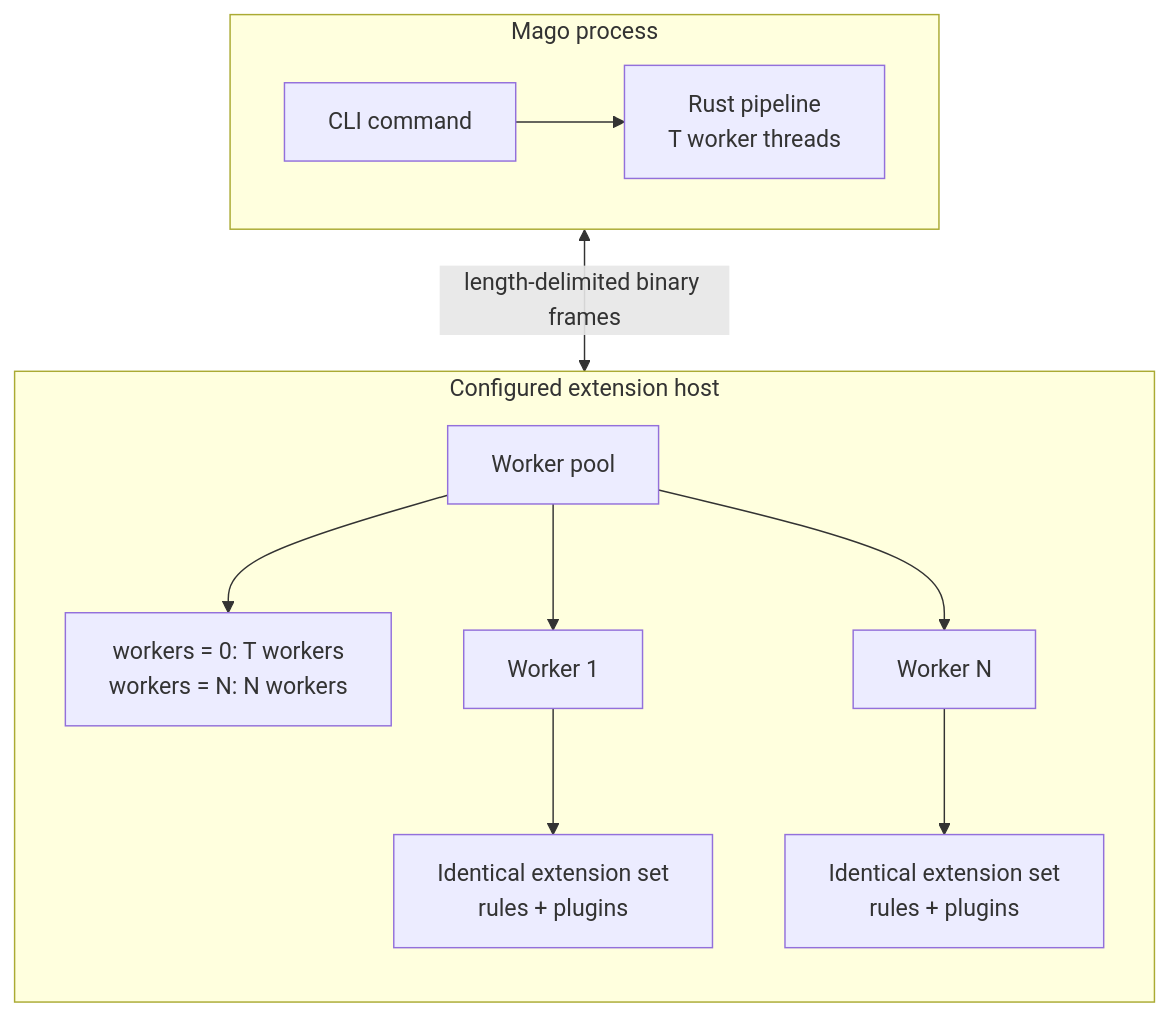
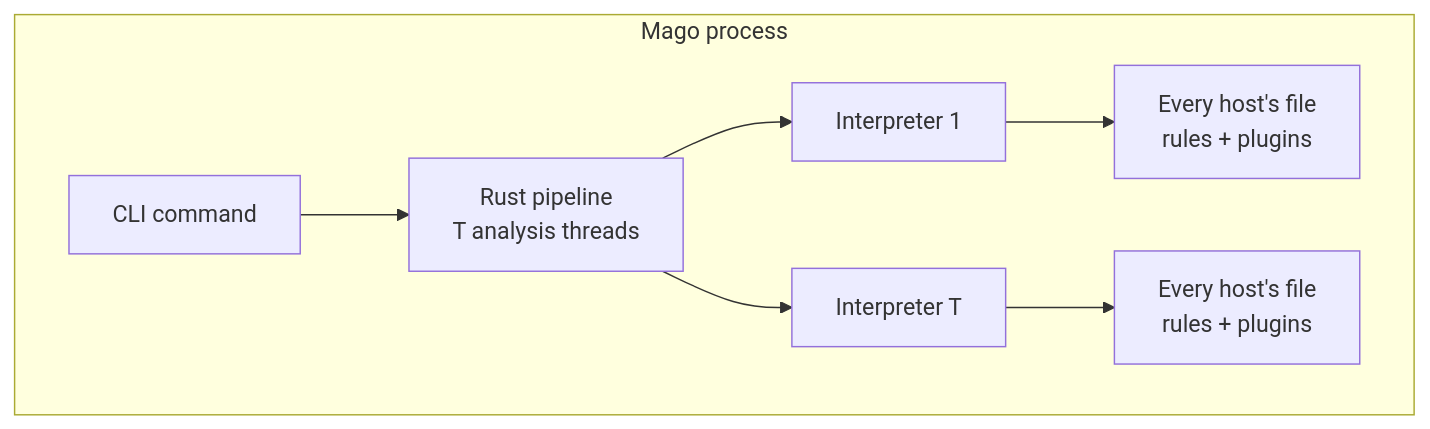
One commit to heyJordanParker/mago-sharp changed the first of 2 diagrams in docs/content/en/extensions/architecture.md. Above: the diagram before and after it, drawn with Mermaid. The commit also changed other lines of this file and 129 other files, not shown here.

````diff
--- a/docs/content/en/extensions/architecture.md
+++ b/docs/content/en/extensions/architecture.md
@@ -13,20 +13,11 @@
 ```mermaid
 flowchart TB
     subgraph Mago["Mago process"]
         direction LR
-        CLI["CLI command"] --> Pipeline["Rust pipeline<br/>T worker threads"]
+        CLI["CLI command"] --> Pipeline["Rust pipeline<br/>T analysis threads"]
+        Pipeline --> I1["Interpreter 1"]
+        Pipeline --> IT["Interpreter T"]
+        I1 --> E1["Every host's file<br/>rules + plugins"]
+        IT --> ET["Every host's file<br/>rules + plugins"]
     end
-
-    subgraph Host["Configured extension host"]
-        direction TB
-        Pool["Worker pool"]
-        Mode["workers = 0: T workers<br/>workers = N: N workers"]
-        Pool --> Mode
-        Pool --> W1["Worker 1"]
-        Pool --> WN["Worker N"]
-        W1 --> E1["Identical extension set<br/>rules + plugins"]
-        WN --> EN["Identical extension set<br/>rules + plugins"]
-    end
-
-    Pipeline <-->|"length-delimited binary frames"| Pool
 ```
````
